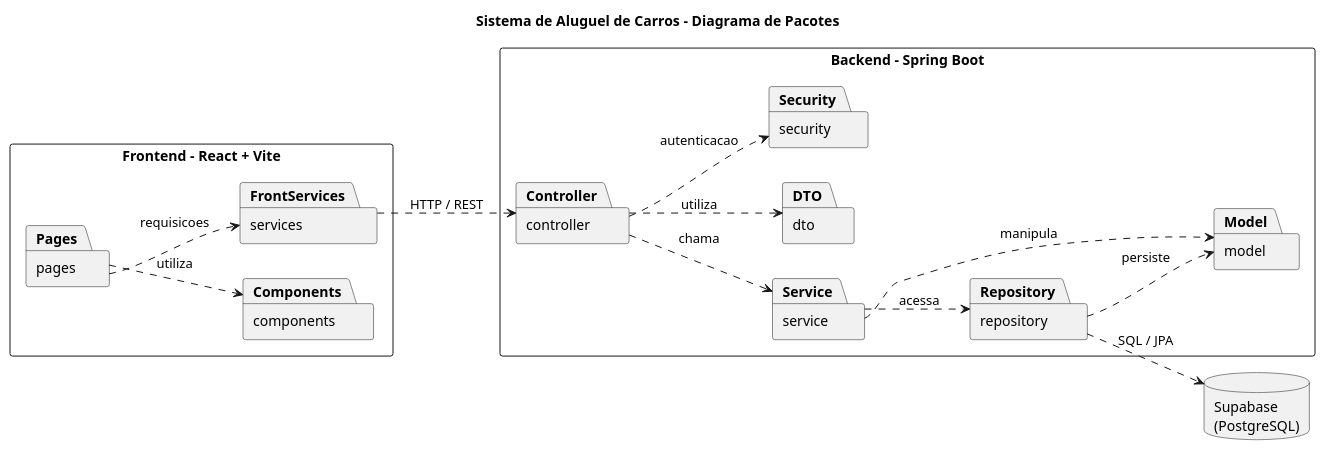
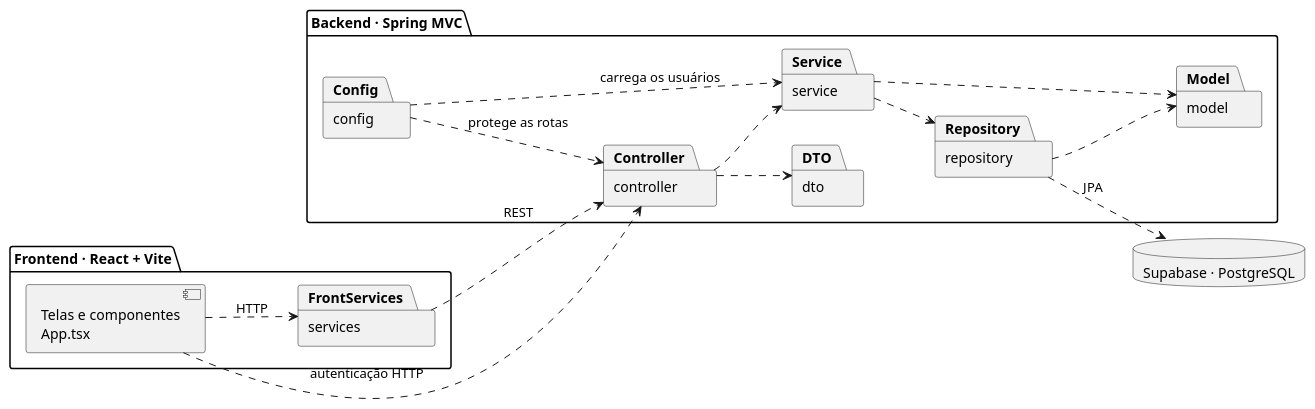
One commit to MayraSantos06/sistema-aluguel-carros changed the diagram in documentacao/uml/diagrama-pacotes.puml. Above: the diagram before and after it, drawn with PlantUML. The commit also changed 69 other files, not shown here.

First line of the commit message:
feat: completa fluxos do sistema de aluguel

```diff
--- a/documentacao/uml/diagrama-pacotes.puml
+++ b/documentacao/uml/diagrama-pacotes.puml
@@ -1,42 +1,27 @@
 @startuml
-title Sistema de Aluguel de Carros - Diagrama de Pacotes
-
-skinparam packageStyle rectangle
-skinparam shadowing false
 left to right direction
-
-package "Frontend - React + Vite" {
-  package "pages" as Pages
-  package "components" as Components
+package "Frontend · React + Vite" {
+  [Telas e componentes\nApp.tsx] as App
   package "services" as FrontServices
 }
-
-package "Backend - Spring Boot" {
-
+package "Backend · Spring MVC" {
+  package "config" as Config
   package "controller" as Controller
   package "service" as Service
   package "repository" as Repository
   package "model" as Model
   package "dto" as DTO
-  package "security" as Security
-
 }
-
-database "Supabase\n(PostgreSQL)" as DB
-
-Pages ..> Components : utiliza
-Pages ..> FrontServices : requisicoes
-
-FrontServices ..> Controller : HTTP / REST
-
-Controller ..> Service : chama
-Controller ..> DTO : utiliza
-Controller ..> Security : autenticacao
-
-Service ..> Repository : acessa
-Service ..> Model : manipula
-
-Repository ..> Model : persiste
-Repository ..> DB : SQL / JPA
-
+database "Supabase · PostgreSQL" as DB
+App ..> FrontServices : HTTP
+App ..> Controller : autenticação HTTP
+FrontServices ..> Controller : REST
+Config ..> Controller : protege as rotas
+Config ..> Service : carrega os usuários
+Controller ..> DTO
+Controller ..> Service
+Service ..> Repository
+Service ..> Model
+Repository ..> Model
+Repository ..> DB : JPA
 @enduml
```
